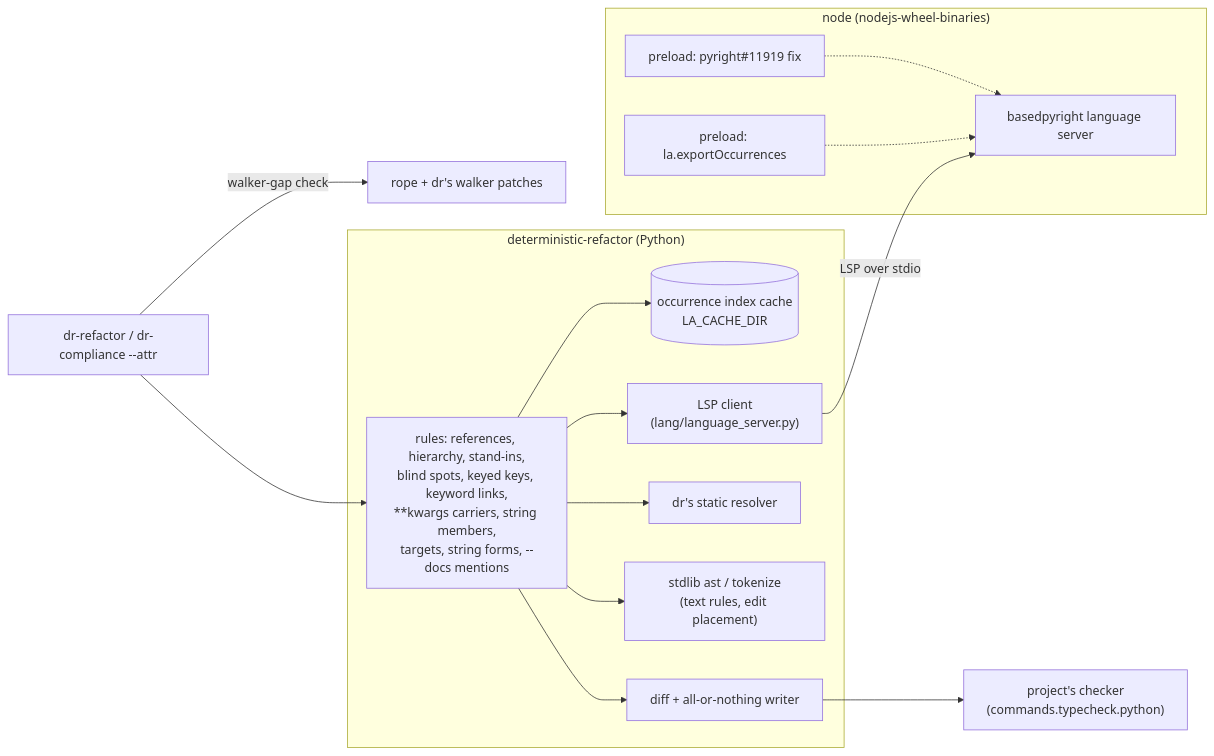
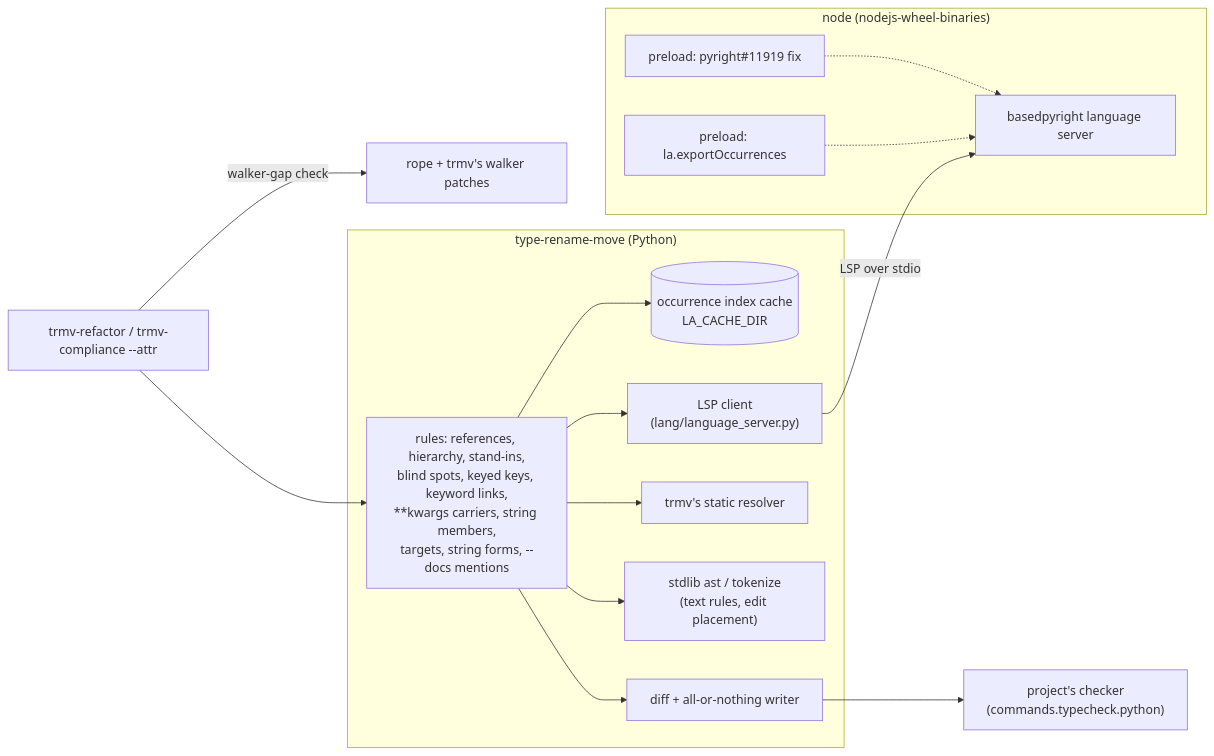
The diagram in docs/refactoring-internals.md (MotleyAI/living-architecture), drawn with Mermaid before and after one commit. The commit also changed other lines of this file and 263 other files, not shown here.

First line of the commit message:
Rename dr to trmv: packages, commands, plugin, config file, contract and docs

````diff
--- a/docs/refactoring-internals.md
+++ b/docs/refactoring-internals.md
@@ -8,31 +8,31 @@
 ```mermaid
 flowchart LR
-  cmd["dr-refactor / dr-compliance --attr"]
-  subgraph dr["deterministic-refactor (Python)"]
+  cmd["trmv-refactor / trmv-compliance --attr"]
+  subgraph trmv["type-rename-move (Python)"]
     rules["rules: references, hierarchy, stand-ins,<br/>blind spots, keyed keys, keyword links,<br/>**kwargs carriers, string members,<br/>targets, string forms, --docs mentions"]
     client["LSP client<br/>(lang/language_server.py)"]
     cache[("occurrence index cache<br/>LA_CACHE_DIR")]
     stdlib["stdlib ast / tokenize<br/>(text rules, edit placement)"]
     writer["diff + all-or-nothing writer"]
-    static["dr's static resolver"]
+    static["trmv's static resolver"]
   end
-  rope["rope + dr's walker patches"]
+  rope["rope + trmv's walker patches"]
   subgraph node["node (nodejs-wheel-binaries)"]
     ls["basedpyright language server"]
     patch["preload: pyright#11919 fix"]
     export["preload: la.exportOccurrences"]
   end
   checker["project's checker<br/>(commands.typecheck.python)"]
 
   cmd -- "walker-gap check" --> rope
   cmd --> rules
   rules --> cache
   rules --> client
   client -- "LSP over stdio" --> ls
   patch -.-> ls
   export -.-> ls
   rules --> static
   rules --> stdlib
   rules --> writer
   writer --> checker
 ```
````
